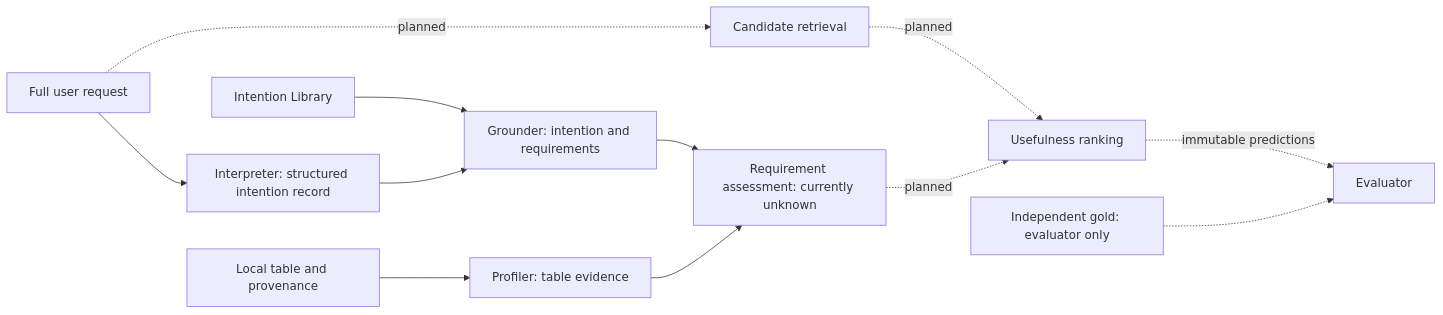
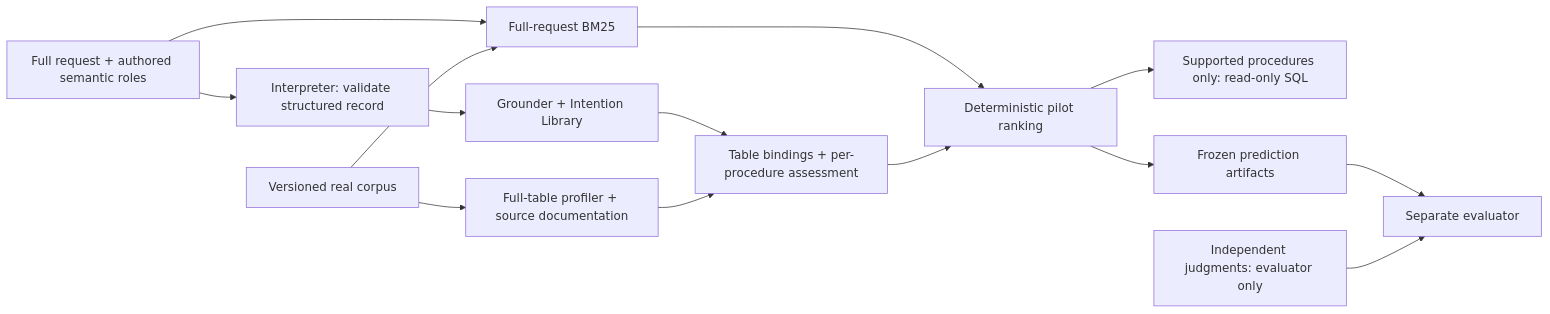
One commit to enaskhwaileh/Intention changed the diagram in README.md. Above: the diagram before and after it, drawn with Mermaid. The commit also changed other lines of this file and 12 other files, not shown here.

Commit message:
Expose real-table discovery in supervisor dashboard and verify reproducibility

````diff
--- a/README.md
+++ b/README.md
@@ -35,14 +40,16 @@
 ```mermaid
 flowchart LR
-    R[Full user request] --> I[Interpreter: structured intention record]
-    IL[Intention Library] --> G[Grounder: intention and requirements]
-    I --> G
-    T[Local table and provenance] --> P[Profiler: table evidence]
-    G --> A[Requirement assessment: currently unknown]
+    R[Full request + authored semantic roles] --> I[Interpreter: validate structured record]
+    I --> G[Grounder + Intention Library]
+    R --> B[Full-request BM25]
+    C[Versioned real corpus] --> B
+    C --> P[Full-table profiler + source documentation]
+    G --> A[Table bindings + per-procedure assessment]
     P --> A
-    R -. planned .-> C[Candidate retrieval]
-    C -. planned .-> K[Usefulness ranking]
-    A -. planned .-> K
-    K -. immutable predictions .-> E[Evaluator]
-    J[Independent gold: evaluator only] -.-> E
+    B --> K[Deterministic pilot ranking]
+    A --> K
+    K --> S[Supported procedures only: read-only SQL]
+    K --> F[Frozen prediction artifacts]
+    F --> E[Separate evaluator]
+    J[Independent judgments: evaluator only] --> E
 ```
````
